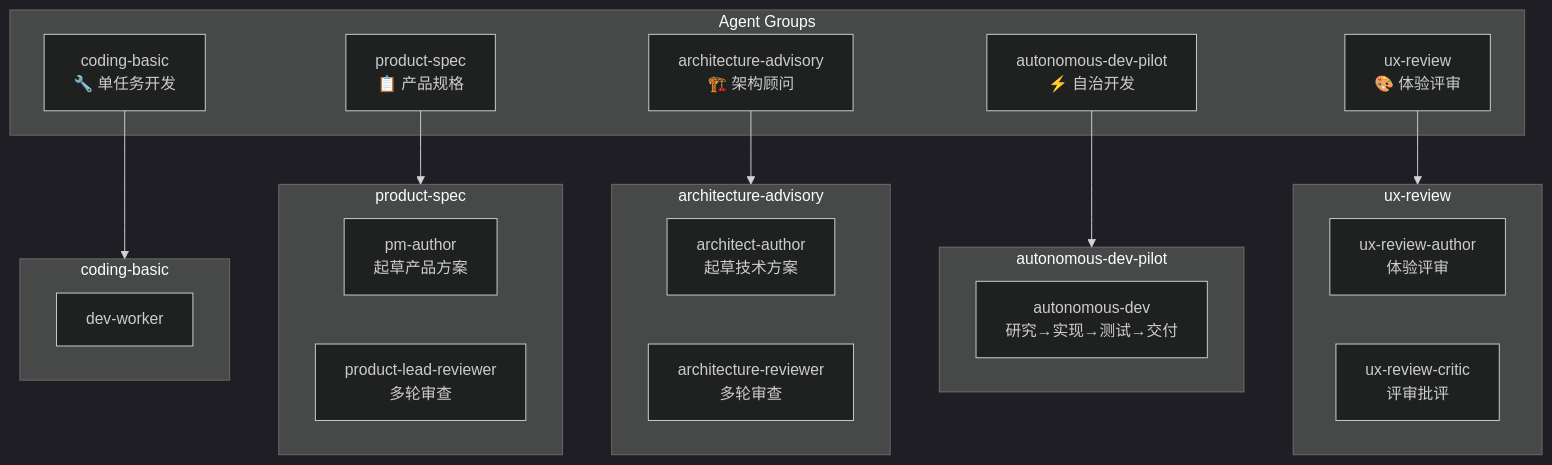
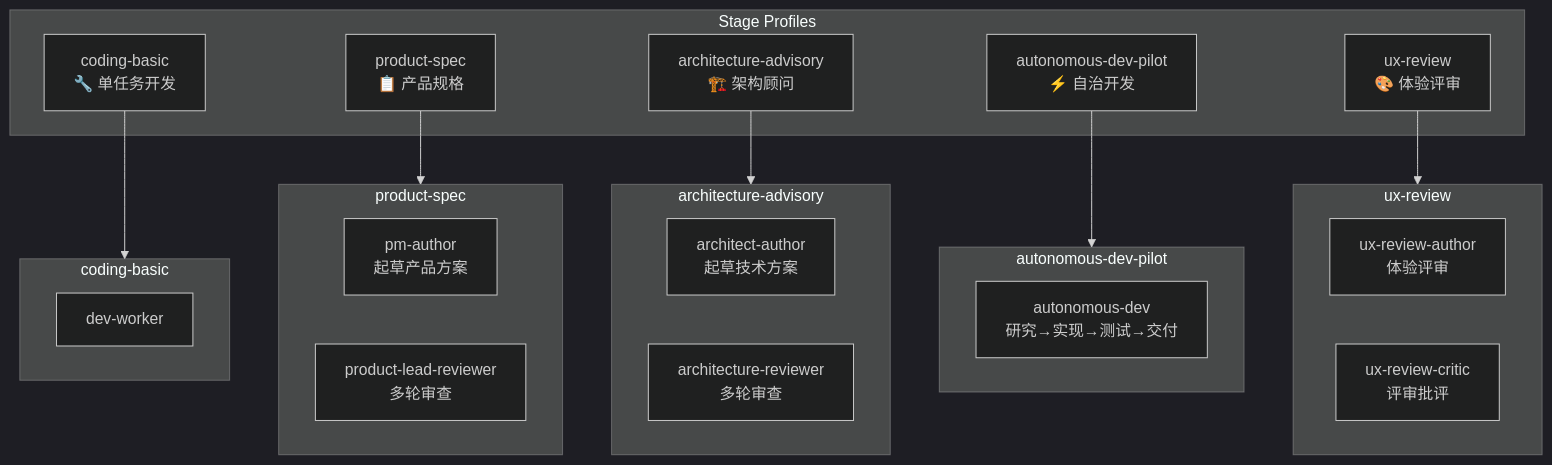
The seventh of 20 diagrams in ARCHITECTURE.md (pikapikaspeedup/OPC_CEO), drawn with Mermaid (dark theme) before and after one commit. The commit also changed other lines of this file and 102 other files, not shown here.

````diff
--- a/ARCHITECTURE.md
+++ b/ARCHITECTURE.md
@@ -333,39 +333,39 @@
 ```mermaid
 graph TB
-    subgraph Groups["Agent Groups"]
+    subgraph Groups["Stage Profiles"]
         CB["coding-basic<br/>🔧 单任务开发"]
         PS["product-spec<br/>📋 产品规格"]
         AA["architecture-advisory<br/>🏗️ 架构顾问"]
         ADP["autonomous-dev-pilot<br/>⚡ 自治开发"]
         UX["ux-review<br/>🎨 体验评审"]
     end
 
     subgraph CB_Roles["coding-basic"]
         DW["dev-worker"]
     end
 
     subgraph PS_Roles["product-spec"]
         PMA["pm-author<br/>起草产品方案"]
         PLR["product-lead-reviewer<br/>多轮审查"]
     end
 
     subgraph AA_Roles["architecture-advisory"]
         ARCH["architect-author<br/>起草技术方案"]
         AR["architecture-reviewer<br/>多轮审查"]
     end
 
     subgraph ADP_Roles["autonomous-dev-pilot"]
         AD["autonomous-dev<br/>研究→实现→测试→交付"]
     end
 
     subgraph UX_Roles["ux-review"]
         URA["ux-review-author<br/>体验评审"]
         URC["ux-review-critic<br/>评审批评"]
     end
 
     CB --> CB_Roles
     PS --> PS_Roles
     AA --> AA_Roles
     ADP --> ADP_Roles
     UX --> UX_Roles
 ```
````
